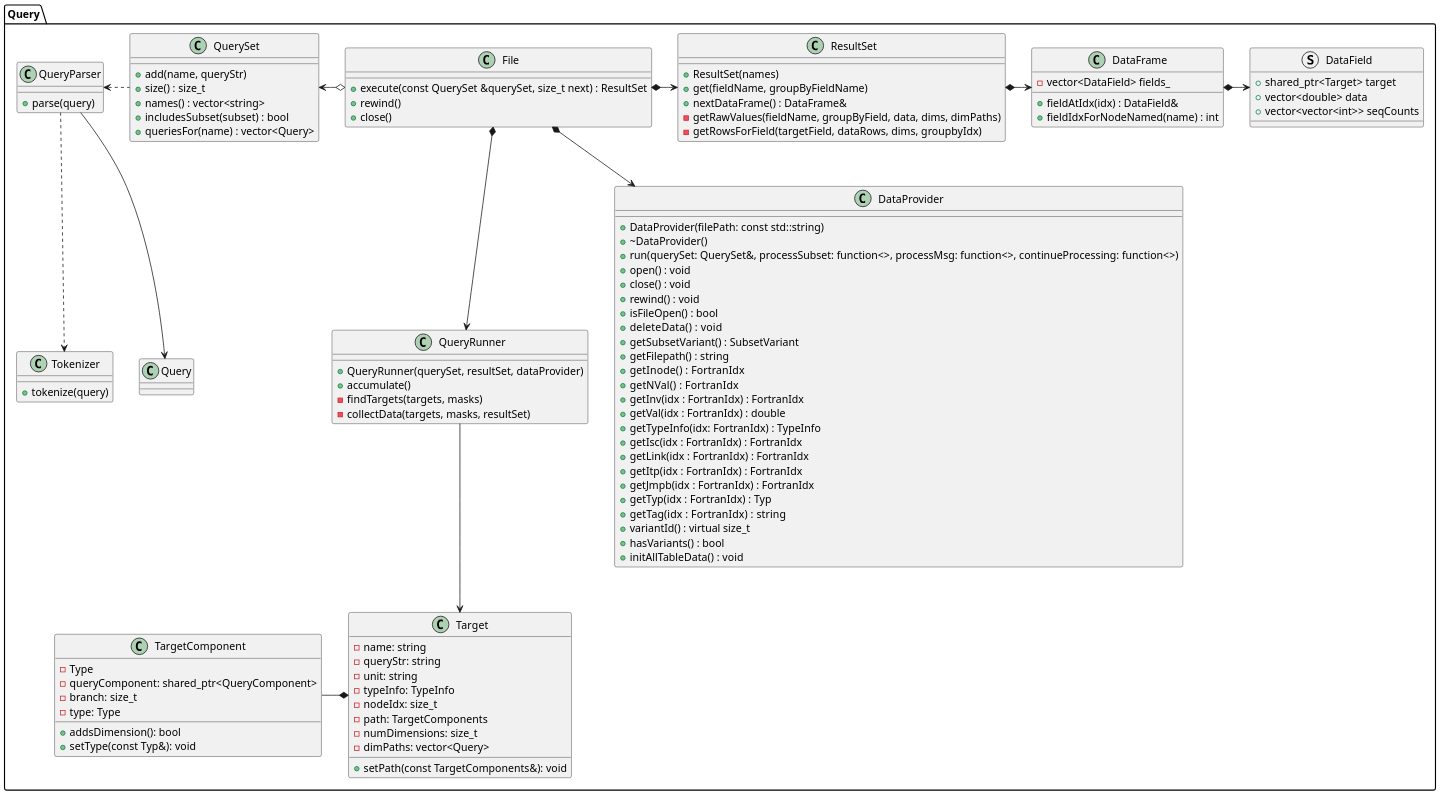
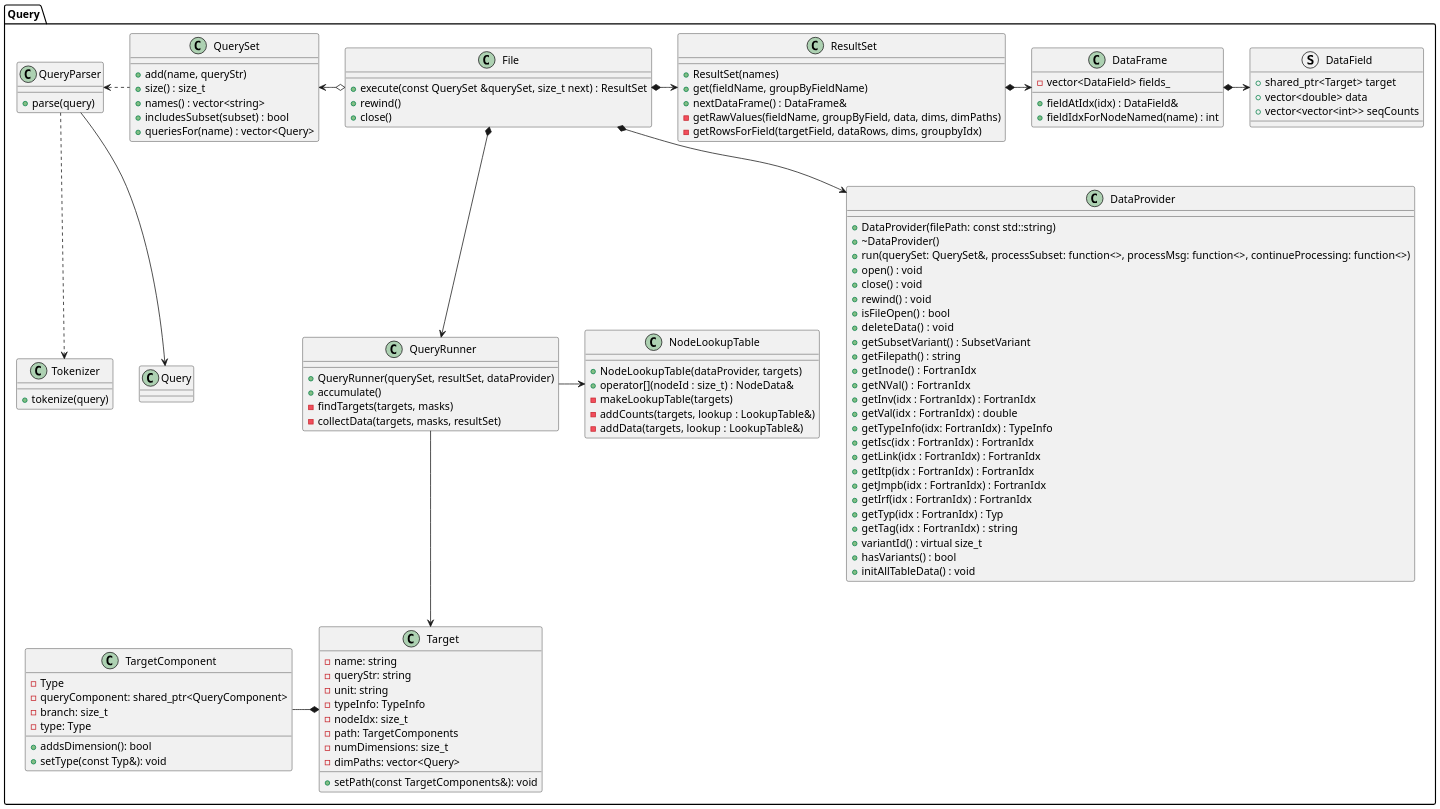
One commit to JCSDA-internal/ioda-converters changed the diagram in doc/bufr_uml/QueryClassDiagram.puml. Above: the diagram before and after it, drawn with PlantUML. The commit also changed 3 other files, not shown here.

Commit message:
Updated some uml diagrams

```diff
--- a/doc/bufr_uml/QueryClassDiagram.puml
+++ b/doc/bufr_uml/QueryClassDiagram.puml
@@ -1,130 +1,141 @@
 @startuml
 skinparam dpi 300
 scale 1024 width
 
 package Query <<Folder>> 
 {
   class File
   {
     +execute(const QuerySet &querySet, size_t next) : ResultSet
     +rewind()
     +close()
   }
 
   class QueryRunner
   {
     +QueryRunner(querySet, resultSet, dataProvider)
     +accumulate()
     -findTargets(targets, masks)
     -collectData(targets, masks, resultSet)
+  }
+
+  class NodeLookupTable
+  {
+    +NodeLookupTable(dataProvider, targets)
+    +operator[](nodeId : size_t) : NodeData&
+    -makeLookupTable(targets)
+    -addCounts(targets, lookup : LookupTable&)
+    -addData(targets, lookup : LookupTable&)
   }
 
 class TargetComponent {
   - Type
   - queryComponent: shared_ptr<QueryComponent>
   - branch: size_t
   - type: Type
   + addsDimension(): bool
   + setType(const Typ&): void
 }
 
 class Target {
   - name: string
   - queryStr: string
   - unit: string
   - typeInfo: TypeInfo
   - nodeIdx: size_t
   - path: TargetComponents
   - numDimensions: size_t
   - dimPaths: vector<Query>
   + setPath(const TargetComponents&): void
 }
 
   class DataFrame
   {
      -vector<DataField> fields_
 
      +fieldAtIdx(idx) : DataField&
      +fieldIdxForNodeNamed(name) : int
   }
 
   struct DataField
   {
     +shared_ptr<Target> target
     +vector<double> data
     +vector<vector<int>> seqCounts
   }
 
   class ResultSet
   {
     +ResultSet(names)
     +get(fieldName, groupByFieldName)
     +nextDataFrame() : DataFrame&
     -getRawValues(fieldName, groupByField, data, dims, dimPaths)
     -getRowsForField(targetField, dataRows, dims, groupbyIdx)
   }
 
   class QuerySet
   {
     +add(name, queryStr)
     +size() : size_t
     +names() : vector<string>
     +includesSubset(subset) : bool
     +queriesFor(name) : vector<Query>
 
   }
 
   class DataProvider
   {
     + DataProvider(filePath: const std::string)
     + ~DataProvider()
     + run(querySet: QuerySet&, processSubset: function<>, processMsg: function<>, continueProcessing: function<>)
     + open() : void
     + close() : void
     + rewind() : void
     + isFileOpen() : bool
     + deleteData() :  void
     + getSubsetVariant() : SubsetVariant
     + getFilepath() : string
     + getInode() :  FortranIdx
     + getNVal() :  FortranIdx
     + getInv(idx : FortranIdx) : FortranIdx
     + getVal(idx : FortranIdx) : double
     + getTypeInfo(idx: FortranIdx) : TypeInfo
     + getIsc(idx : FortranIdx) : FortranIdx
     + getLink(idx : FortranIdx) : FortranIdx
     + getItp(idx : FortranIdx) : FortranIdx
     + getJmpb(idx : FortranIdx) : FortranIdx
+    + getIrf(idx : FortranIdx) : FortranIdx
     + getTyp(idx : FortranIdx) : Typ
     + getTag(idx : FortranIdx) :  string
     + variantId() : virtual size_t
     + hasVariants() : bool
     + initAllTableData() : void
   }
 
   class QueryParser
   {
     +parse(query)
   }
 
   class Tokenizer
   {
     +tokenize(query)
   }
 
   File *--> DataProvider
   
   File *-> ResultSet
   QuerySet <-o File
   File *--> QueryRunner
   QueryRunner --> Target
+  QueryRunner -> NodeLookupTable
   TargetComponent -right-* Target
   ResultSet *-> DataFrame
   DataFrame *-> DataField
 
 
   QueryParser --> Query
   QueryParser -.> Tokenizer
   QueryParser <. QuerySet
 
 @enduml
```
